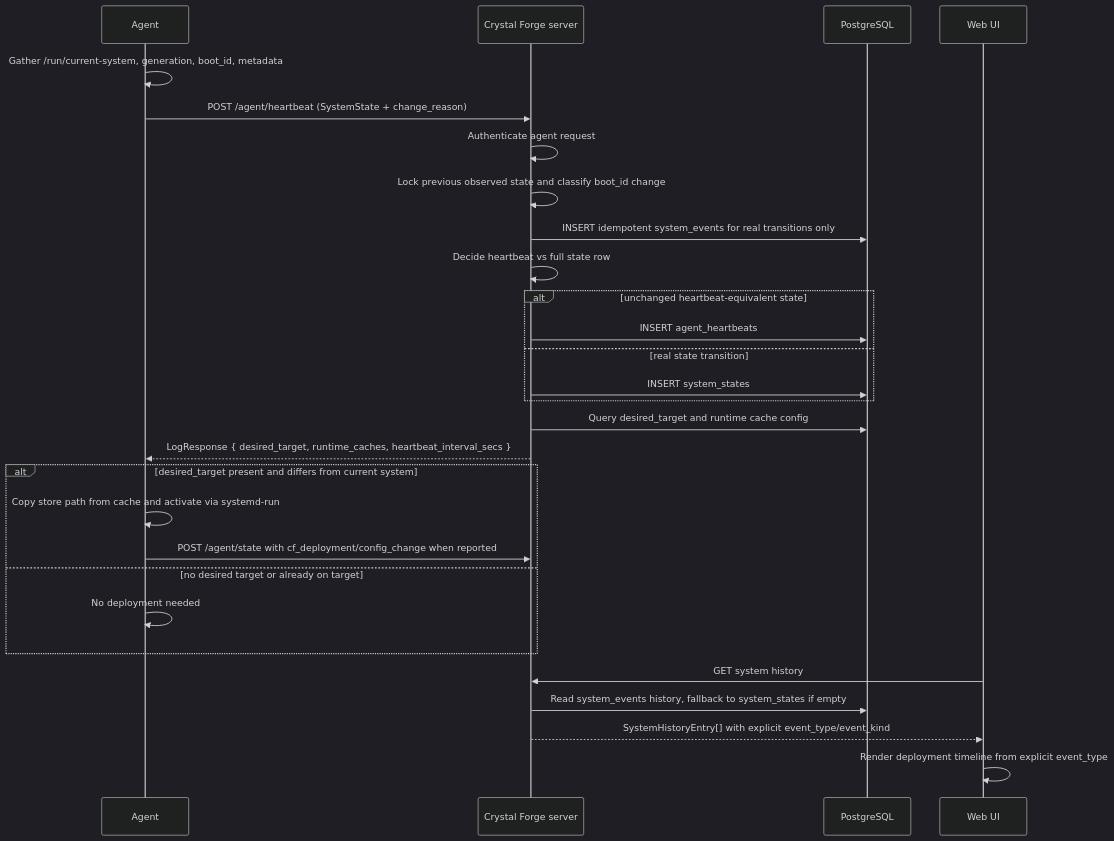
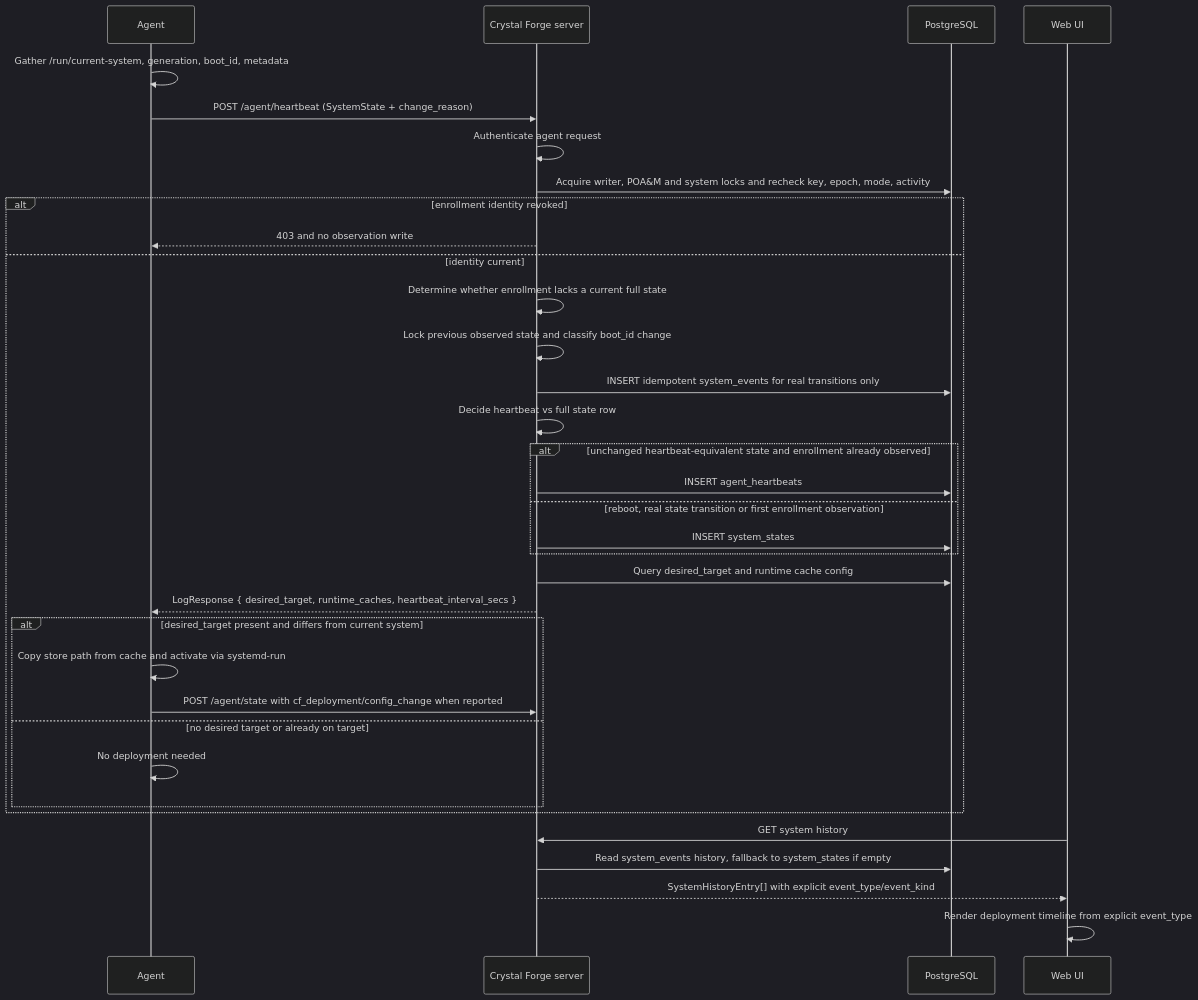
Before and after one commit to usmcamp0811/crystal-forge: the first of 2 diagrams in docs/knowledge/deployment/agent-heartbeat-vs-state-persistence.md, drawn with Mermaid (dark theme). The commit also changed other lines of this file and 147 other files, not shown here.

````diff
--- a/docs/knowledge/deployment/agent-heartbeat-vs-state-persistence.md
+++ b/docs/knowledge/deployment/agent-heartbeat-vs-state-persistence.md
@@ -52,31 +55,37 @@
 ```mermaid
 sequenceDiagram
     participant Agent
     participant Server as Crystal Forge server
     participant DB as PostgreSQL
     participant UI as Web UI
 
     Agent->>Agent: Gather /run/current-system, generation, boot_id, metadata
     Agent->>Server: POST /agent/heartbeat (SystemState + change_reason)
     Server->>Server: Authenticate agent request
+    Server->>DB: Acquire writer, POA&M and system locks and recheck key, epoch, mode, activity
+    alt enrollment identity revoked
+        Server-->>Agent: 403 and no observation write
+    else identity current
+        Server->>Server: Determine whether enrollment lacks a current full state
     Server->>Server: Lock previous observed state and classify boot_id change
     Server->>DB: INSERT idempotent system_events for real transitions only
     Server->>Server: Decide heartbeat vs full state row
-    alt unchanged heartbeat-equivalent state
+    alt unchanged heartbeat-equivalent state and enrollment already observed
         Server->>DB: INSERT agent_heartbeats
-    else real state transition
+    else reboot, real state transition or first enrollment observation
         Server->>DB: INSERT system_states
     end
     Server->>DB: Query desired_target and runtime cache config
     Server-->>Agent: LogResponse { desired_target, runtime_caches, heartbeat_interval_secs }
     alt desired_target present and differs from current system
         Agent->>Agent: Copy store path from cache and activate via systemd-run
         Agent->>Server: POST /agent/state with cf_deployment/config_change when reported
     else no desired target or already on target
         Agent->>Agent: No deployment needed
     end
+    end
     UI->>Server: GET system history
     Server->>DB: Read system_events history, fallback to system_states if empty
     Server-->>UI: SystemHistoryEntry[] with explicit event_type/event_kind
     UI->>UI: Render deployment timeline from explicit event_type
 ```
````
